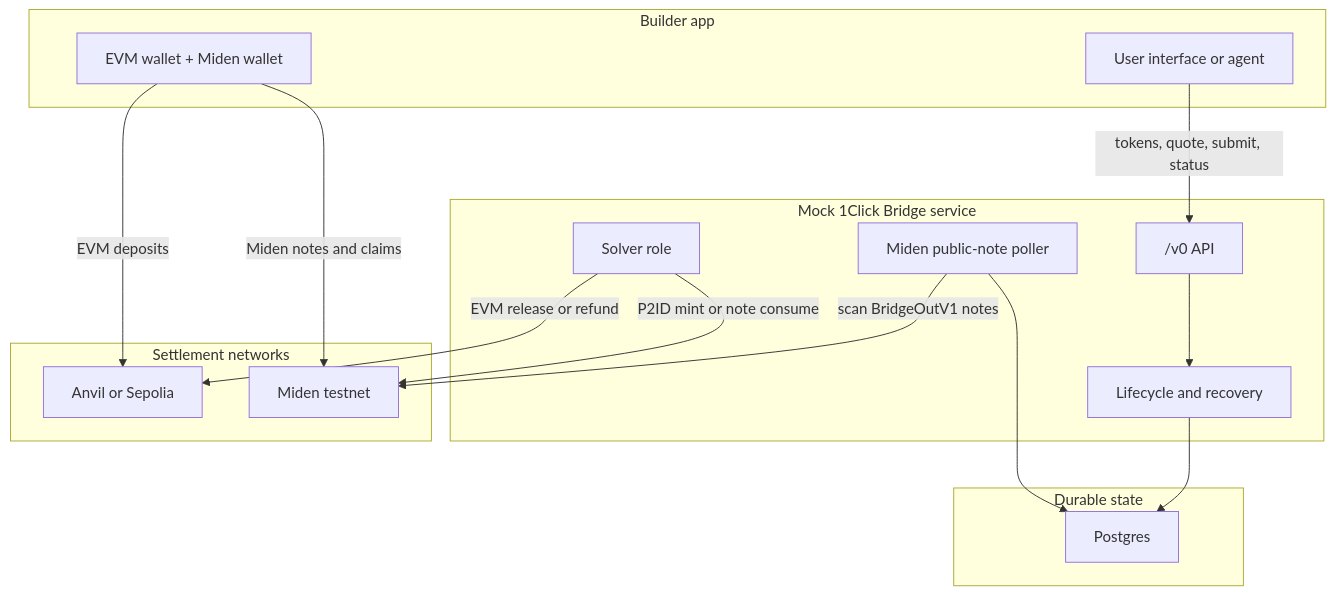
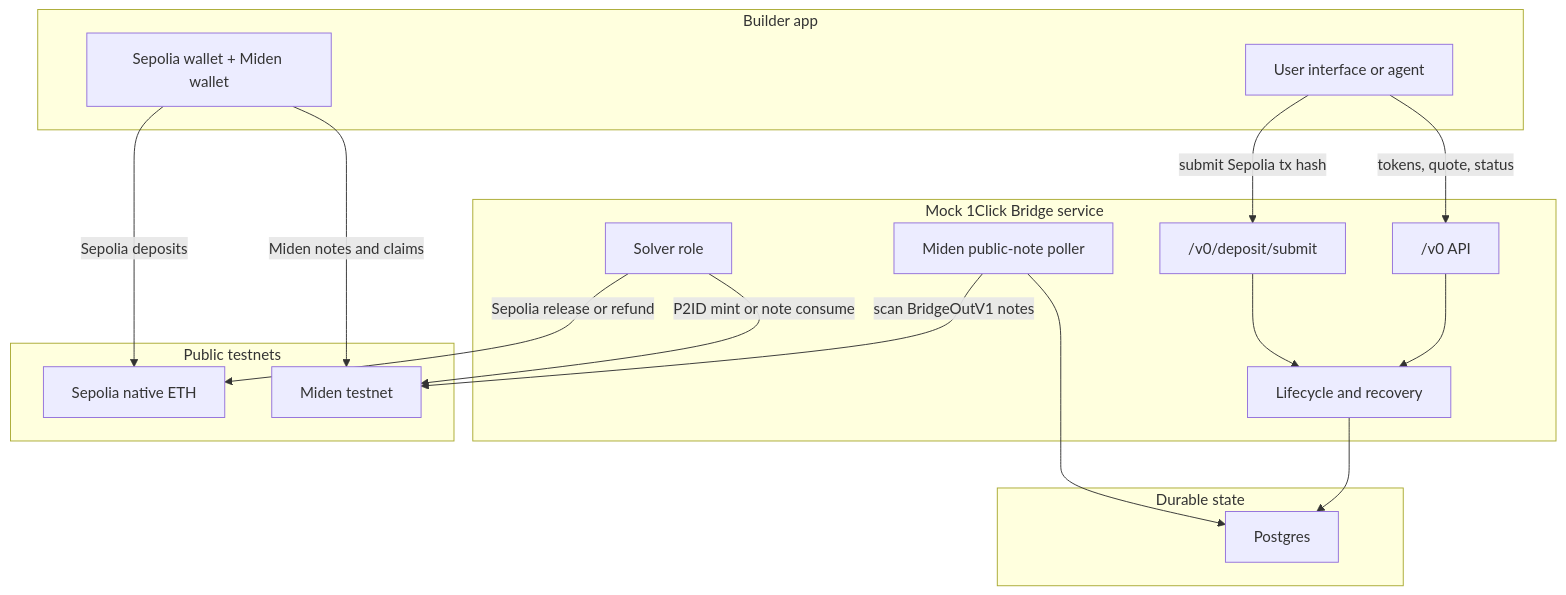
One commit to BrianSeong99/miden-testnet-bridge changed the diagram in docs/builder-testing-guide.md. Above: the diagram before and after it, drawn with Mermaid. The commit also changed other lines of this file and 11 other files, not shown here.

````diff
--- a/docs/builder-testing-guide.md
+++ b/docs/builder-testing-guide.md
@@ -48,33 +48,36 @@
 ```mermaid
 flowchart TB
     subgraph App["Builder app"]
       UI["User interface or agent"]
-      Wallets["EVM wallet + Miden wallet"]
+      Wallets["Sepolia wallet + Miden wallet"]
     end
 
     subgraph Bridge["Mock 1Click Bridge service"]
       API["/v0 API"]
+      Submit["/v0/deposit/submit"]
       Poller["Miden public-note poller"]
       State["Lifecycle and recovery"]
       Solver["Solver role"]
     end
 
     subgraph Storage["Durable state"]
       Postgres["Postgres"]
     end
 
-    subgraph Networks["Settlement networks"]
-      Anvil["Anvil or Sepolia"]
+    subgraph Networks["Public testnets"]
+      Sepolia["Sepolia native ETH"]
       Miden["Miden testnet"]
     end
 
-    UI -->|"tokens, quote, submit, status"| API
-    Wallets -->|"EVM deposits"| Anvil
+    UI -->|"tokens, quote, status"| API
+    UI -->|"submit Sepolia tx hash"| Submit
+    Wallets -->|"Sepolia deposits"| Sepolia
     Wallets -->|"Miden notes and claims"| Miden
     API --> State
+    Submit --> State
     State --> Postgres
     Poller --> Postgres
     Poller -->|"scan BridgeOutV1 notes"| Miden
     Solver -->|"P2ID mint or note consume"| Miden
-    Solver -->|"EVM release or refund"| Anvil
+    Solver -->|"Sepolia release or refund"| Sepolia
 ```
````
